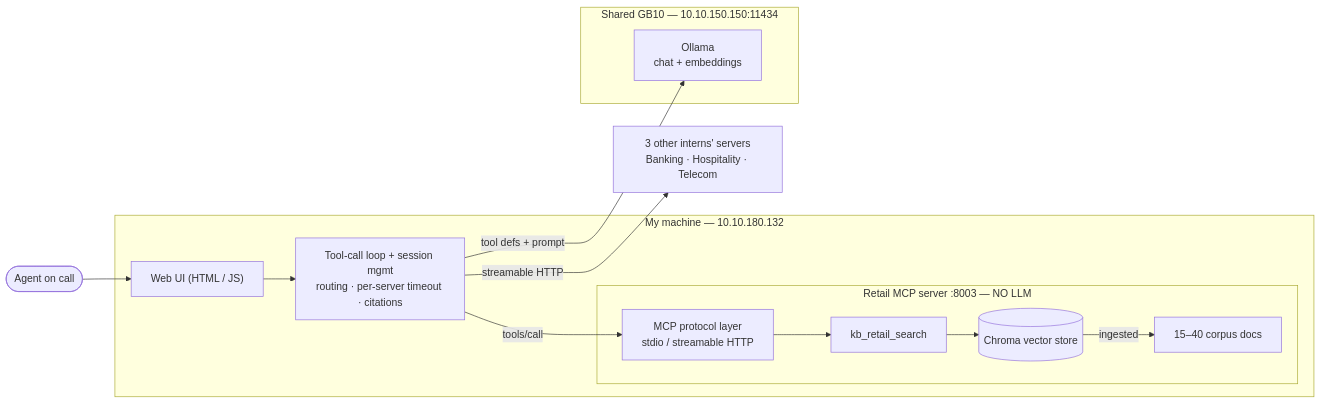
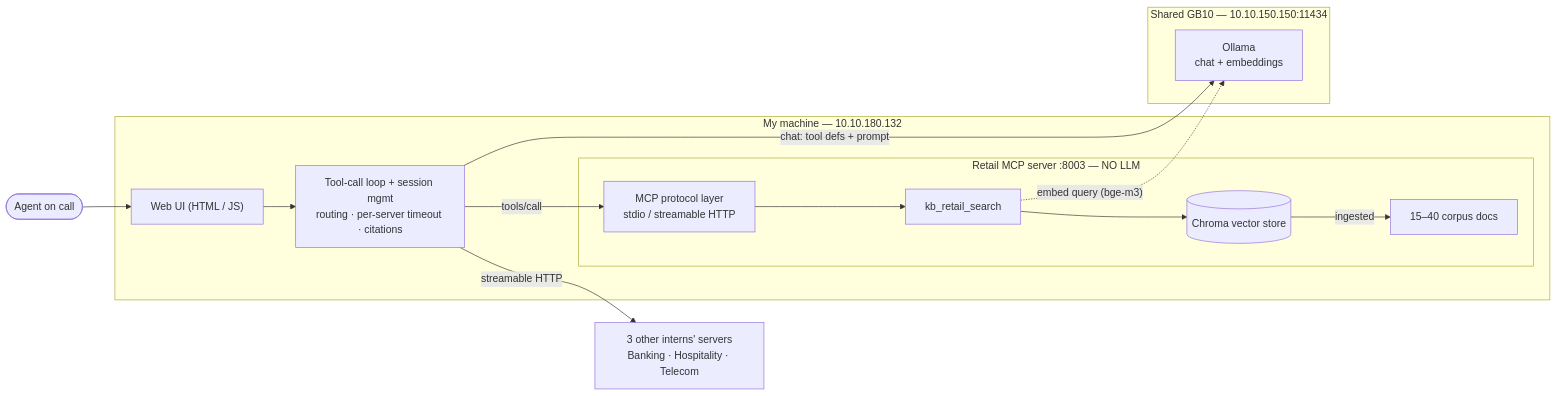
The first of 2 diagrams in docs/design_document.md (rishiupadhyaygithub/retail-mcp-chatbot), drawn with Mermaid before and after one commit. The commit also changed other lines of this file and 11 other files, not shown here.

Commit message:
Expand corpus to 22 real docs (5x4 grid + long IKEA warranty); fix Best Buy restocking; resolve 'no-LLM/embeddings' ambiguity in design doc + Figure 1; align eval to corpus; regen PDFs

````diff
--- a/docs/design_document.md
+++ b/docs/design_document.md
@@ -37,24 +37,25 @@
 ```mermaid title="Figure 1 — Phase 1 architecture and data flow (retail)"
 flowchart LR
   user(["Agent on call"])
   subgraph host["My machine — 10.10.180.132"]
     ui["Web UI (HTML / JS)"]
     loop["Tool-call loop + session mgmt<br/>routing · per-server timeout · citations"]
     subgraph mcp["Retail MCP server :8003 — NO LLM"]
       proto["MCP protocol layer<br/>stdio / streamable HTTP"]
       search["kb_retail_search"]
       chroma[("Chroma vector store")]
       docs["15–40 corpus docs"]
     end
   end
   subgraph gb10["Shared GB10 — 10.10.150.150:11434"]
     ollama["Ollama<br/>chat + embeddings"]
   end
   other["3 other interns' servers<br/>Banking · Hospitality · Telecom"]
   user --> ui --> loop
-  loop -- "tool defs + prompt" --> ollama
+  loop -- "chat: tool defs + prompt" --> ollama
   loop -- "tools/call" --> proto
   proto --> search --> chroma
+  search -. "embed query (bge-m3)" .-> ollama
   chroma -- "ingested" --> docs
   loop -- "streamable HTTP" --> other
 ```
````
